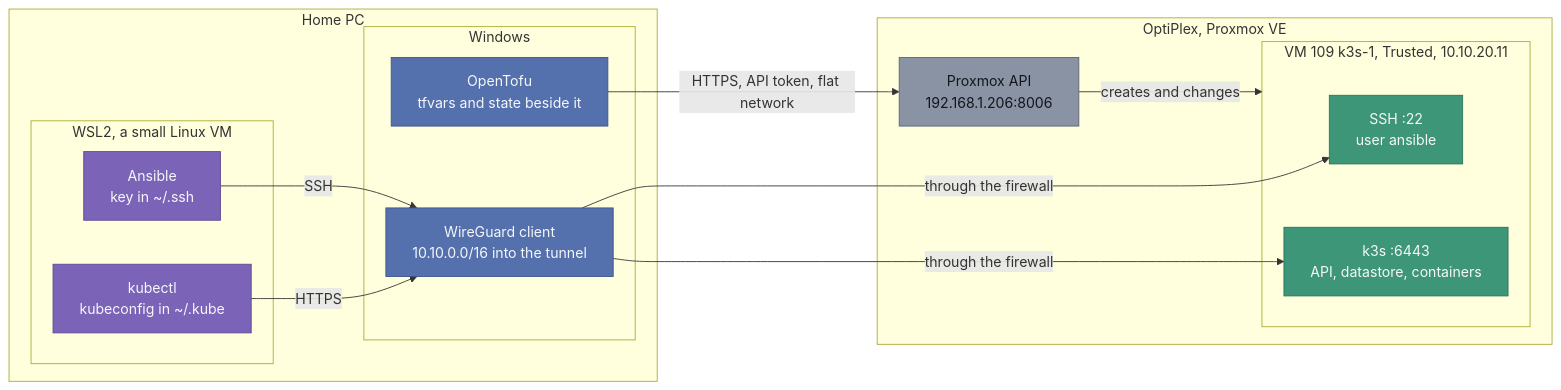
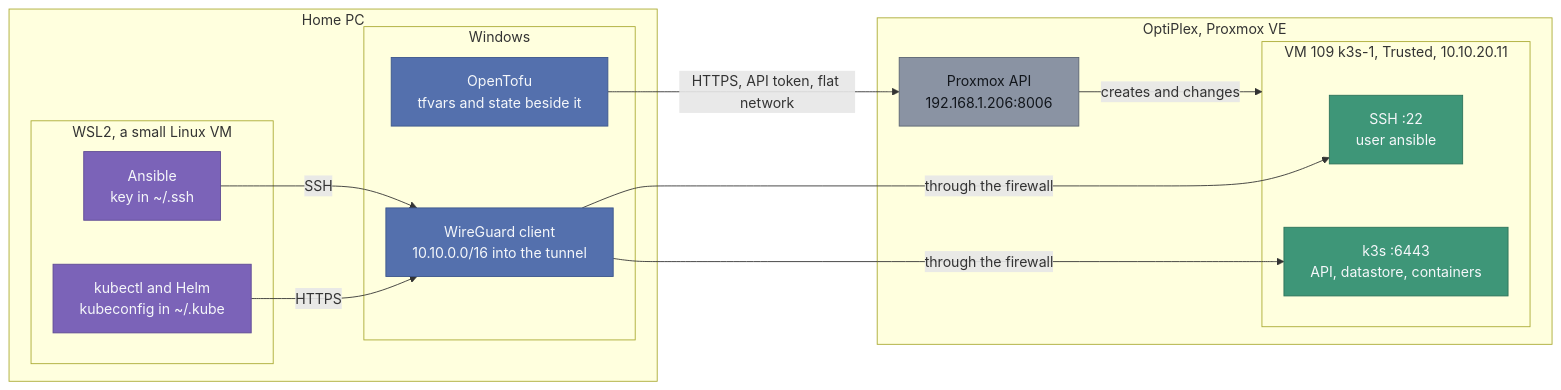
Before and after one commit to RuiGRMargarido/homelab: the first of 2 diagrams in infra/README.md, drawn with Mermaid. The commit also changed other lines of this file and 2 other files, not shown here.

First line of the commit message:
Passo 13.1: o Helm passa para o WSL2 e o no k3s medido antes da monitorizacao

````diff
--- a/infra/README.md
+++ b/infra/README.md
@@ -21,33 +21,33 @@
 ```mermaid
 flowchart LR
     subgraph PC["Home PC"]
         subgraph WIN["Windows"]
             TOFU["OpenTofu<br/>tfvars and state beside it"]:::win
             WGC["WireGuard client<br/>10.10.0.0/16 into the tunnel"]:::win
         end
         subgraph WSL["WSL2, a small Linux VM"]
             ANS["Ansible<br/>key in ~/.ssh"]:::wsl
-            KUB["kubectl<br/>kubeconfig in ~/.kube"]:::wsl
+            KUB["kubectl and Helm<br/>kubeconfig in ~/.kube"]:::wsl
         end
     end
 
     subgraph HOST["OptiPlex, Proxmox VE"]
         API["Proxmox API<br/>192.168.1.206:8006"]:::pve
         subgraph VM109["VM 109 k3s-1, Trusted, 10.10.20.11"]
             SSHD["SSH :22<br/>user ansible"]:::tru
             K3S["k3s :6443<br/>API, datastore, containers"]:::tru
         end
     end
 
     TOFU -- "HTTPS, API token, flat network" --> API
     API -- "creates and changes" --> VM109
     ANS -- "SSH" --> WGC
     KUB -- "HTTPS" --> WGC
     WGC -- "through the firewall" --> SSHD
     WGC -- "through the firewall" --> K3S
 
     classDef win fill:#5470AD,stroke:#3C568C,color:#F5F7FA
     classDef wsl fill:#7B63B8,stroke:#5E4A93,color:#F5F7FA
     classDef pve fill:#8A93A3,stroke:#5B6472,color:#12161C
     classDef tru fill:#3E9678,stroke:#2C7259,color:#F5F7FA
 ```
````
